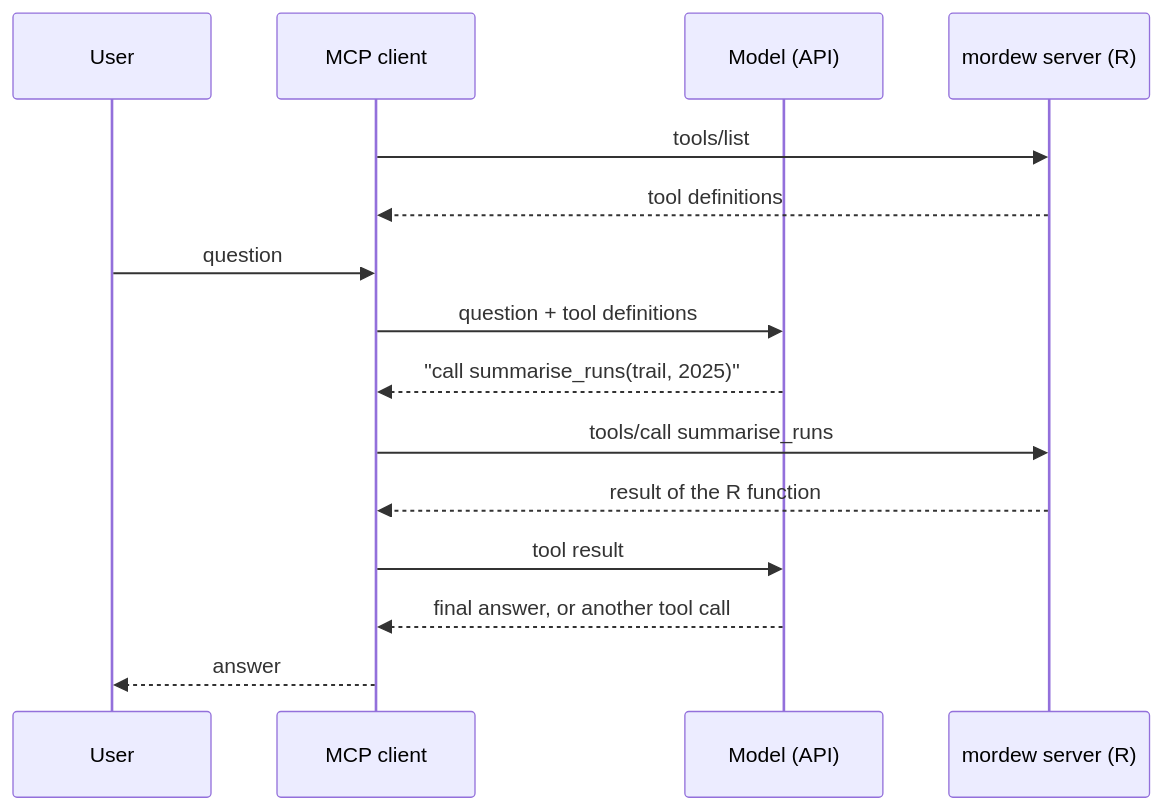
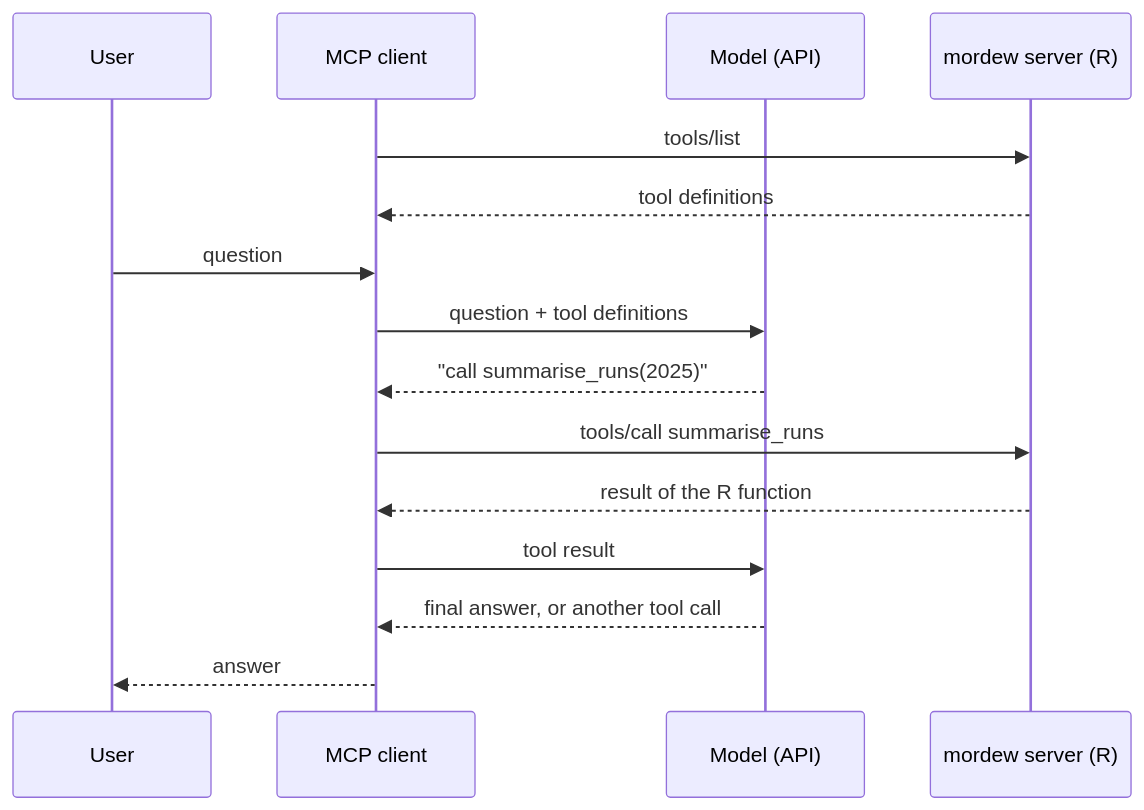
Before and after one commit to ThinkR-open/mordew: the first of 4 diagrams in README.md, drawn with Mermaid. The commit also changed other lines of this file and 3 other files, not shown here.

````diff
--- a/README.md
+++ b/README.md
@@ -187,17 +199,17 @@
 ```mermaid
 sequenceDiagram
   participant U as User
   participant C as MCP client
   participant M as Model (API)
   participant S as mordew server (R)
   C->>S: tools/list
   S-->>C: tool definitions
   U->>C: question
   C->>M: question + tool definitions
-  M-->>C: "call summarise_runs(trail, 2025)"
+  M-->>C: "call summarise_runs(2025)"
   C->>S: tools/call summarise_runs
   S-->>C: result of the R function
   C->>M: tool result
   M-->>C: final answer, or another tool call
   C-->>U: answer
 ```
````
